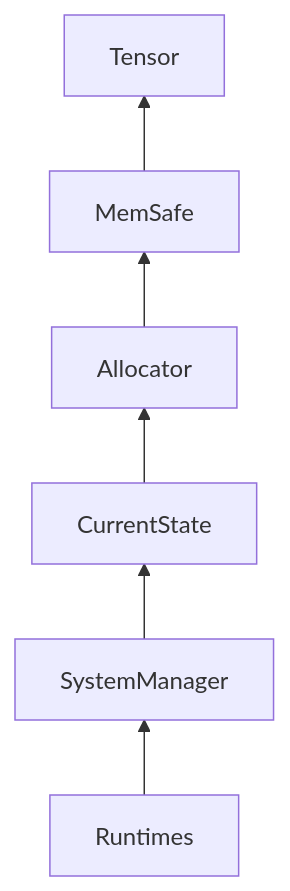
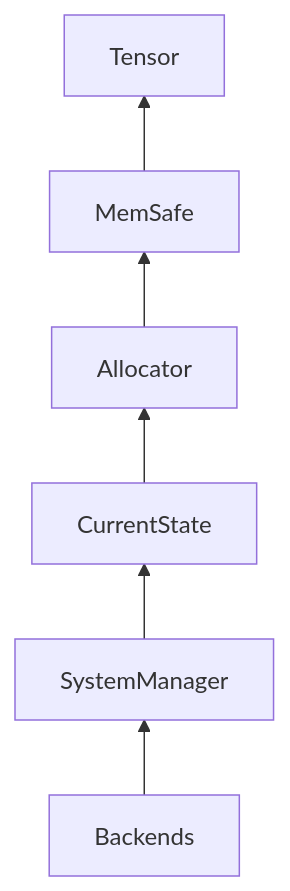
The first of 3 diagrams in docs/developer/design.md (ishidatakumi/orteaf), drawn with Mermaid before and after one commit. The commit also changed other lines of this file and 11 other files, not shown here.

````diff
--- a/docs/developer/design.md
+++ b/docs/developer/design.md
@@ -72,9 +72,9 @@
 ```mermaid
 graph BT
 
-    Runtimes --> SystemManager
+    Backends --> SystemManager
     SystemManager --> CurrentState
     CurrentState --> Allocator
     Allocator --> MemSafe
     MemSafe --> Tensor
 ```
````
